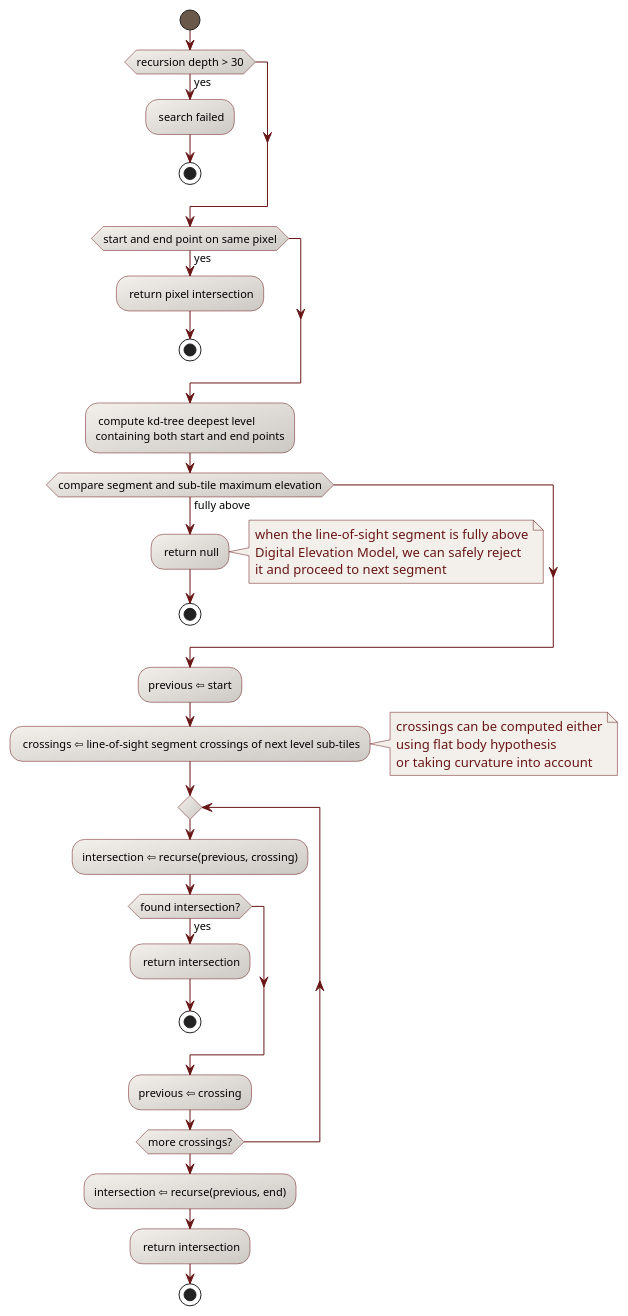
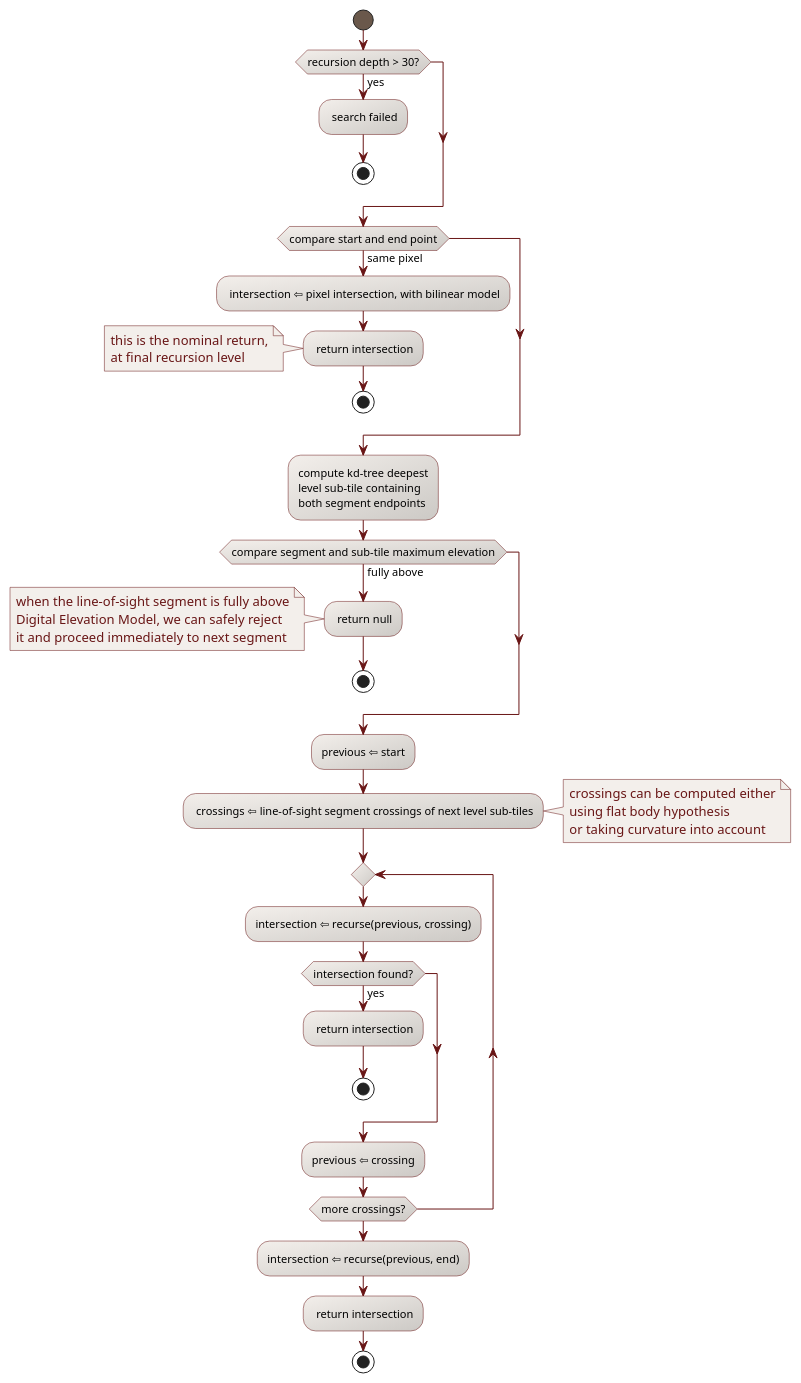
Before and after one commit to CS-SI/Rugged: the diagram in design/duvenhage-inner-recursion-activity-diagram.puml, drawn with PlantUML. The commit also changed 1 other file, not shown here.

Commit message:
Improved activity diagrams.

```diff
--- a/design/duvenhage-inner-recursion-activity-diagram.puml
+++ b/design/duvenhage-inner-recursion-activity-diagram.puml
@@ -17,53 +17,58 @@
 @startuml
 
   skinparam svek                                true
   skinparam NoteBackgroundColor                 #F3EFEB
   skinparam NoteBorderColor                     #691616
   skinparam NoteFontColor                       #691616
   skinparam ActivityStartColor                  #6A584B
   skinparam ActivityEndColor                    #6A584B
   skinparam ActivityBarColor                    #6A584B
   skinparam ActivityBorderColor                 #691616
   skinparam ActivityBackgroundColor             #F3EFEB/CCC9C5
   skinparam ActivityArrowColor                  #691616
   skinparam ActivityFontSize                    11
 
   start
-  if (recursion depth > 30) then (yes)
+  if (recursion depth > 30?) then (yes)
     : search failed;
     stop
   endif
-  if (start and end point on same pixel) then (yes)
-    : return pixel intersection;
+  if (compare start and end point) then (same pixel)
+    : intersection ⇦ pixel intersection, with bilinear model;
+    : return intersection;
+    note left
+      this is the nominal return,
+      at final recursion level
+    end note
     stop
   endif
-  : compute kd-tree deepest level\ncontaining both start and end points;
+  :compute kd-tree deepest\nlevel sub-tile containing\nboth segment endpoints;
   if (compare segment and sub-tile maximum elevation) then (fully above)
     : return null;
-    note right
+    note left
       when the line-of-sight segment is fully above
       Digital Elevation Model, we can safely reject
-      it and proceed to next segment
+      it and proceed immediately to next segment
     end note
     stop
   endif
   :previous ⇦ start;
   : crossings ⇦ line-of-sight segment crossings of next level sub-tiles;
   note right
     crossings can be computed either
     using flat body hypothesis
     or taking curvature into account
   end note
   repeat
     :intersection ⇦ recurse(previous, crossing);
-    if (found intersection?) then (yes)
+    if (intersection found?) then (yes)
       : return intersection;
       stop
     endif
     :previous ⇦ crossing;
   repeat while (more crossings?)
   :intersection ⇦ recurse(previous, end);
   : return intersection;
   stop
 
 @enduml
```
